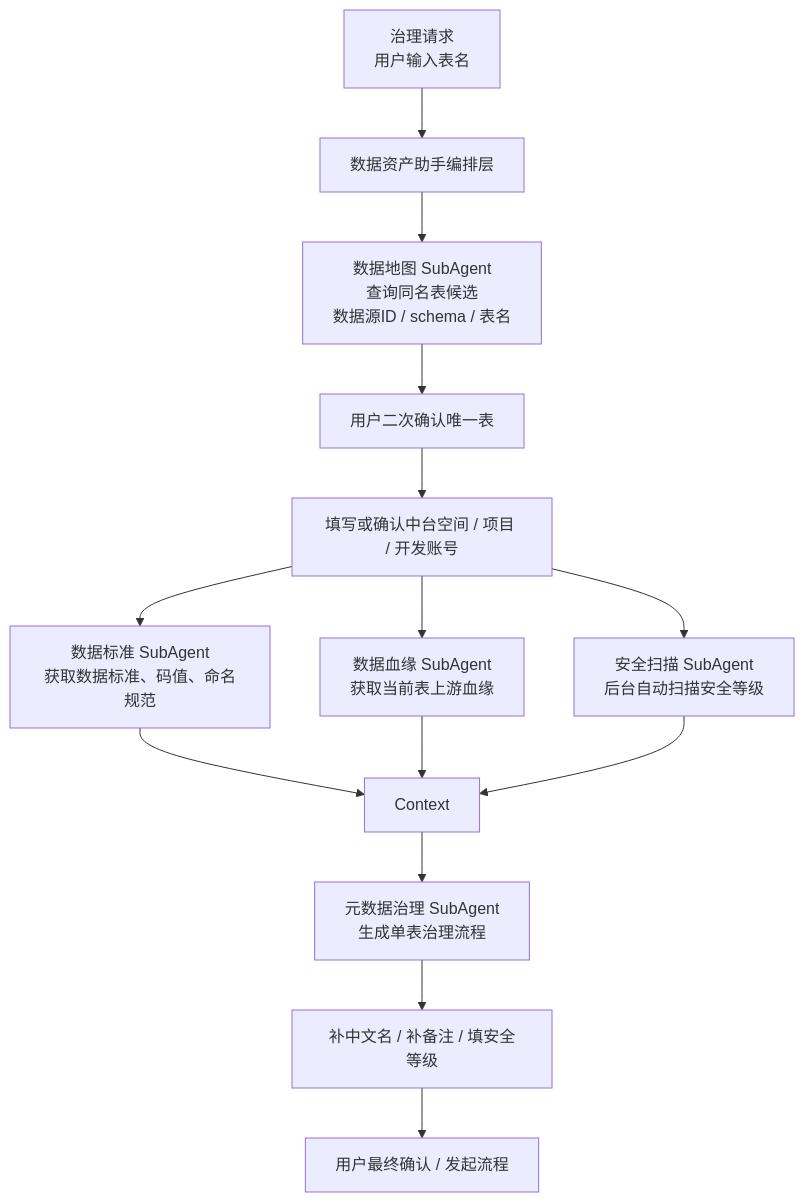
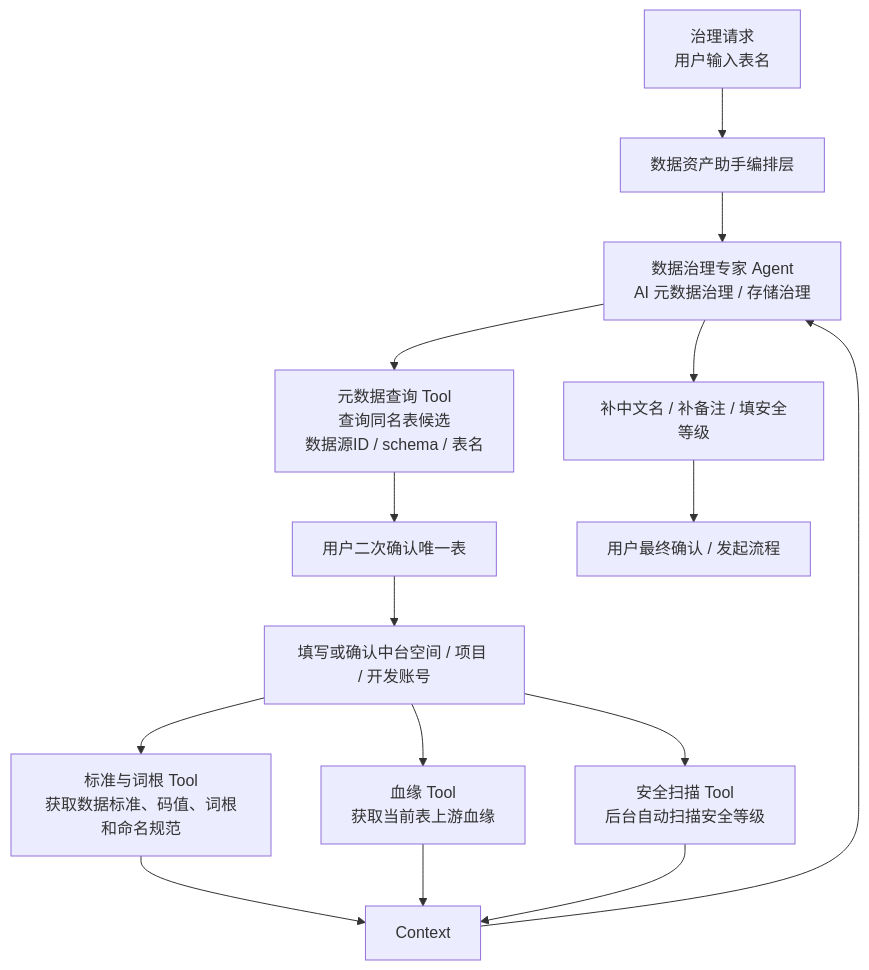
One commit to ShaneLiu001/dataasset changed the sixth of 8 diagrams in 数据资产助手/06-架构设计/01-数据资产助手技术架构设计.md. Above: the diagram before and after it, drawn with Mermaid. The commit also changed other lines of this file and 23 other files, not shown here.

````diff
--- a/数据资产助手/06-架构设计/01-数据资产助手技术架构设计.md
+++ b/数据资产助手/06-架构设计/01-数据资产助手技术架构设计.md
@@ -293,20 +308,21 @@
 ```mermaid
 flowchart TB
   Request[治理请求<br/>用户输入表名] --> Orchestrator[数据资产助手编排层]
 
-  Orchestrator --> MapAgent[数据地图 SubAgent<br/>查询同名表候选<br/>数据源ID / schema / 表名]
-  MapAgent --> TableConfirm[用户二次确认唯一表]
+  Orchestrator --> GovernanceExpert[数据治理专家 Agent<br/>AI 元数据治理 / 存储治理]
+  GovernanceExpert --> MetadataTool[元数据查询 Tool<br/>查询同名表候选<br/>数据源ID / schema / 表名]
+  MetadataTool --> TableConfirm[用户二次确认唯一表]
   TableConfirm --> DevContext[填写或确认中台空间 / 项目 / 开发账号]
 
-  DevContext --> StandardAgent[数据标准 SubAgent<br/>获取数据标准、码值、命名规范]
-  DevContext --> LineageAgent[数据血缘 SubAgent<br/>获取当前表上游血缘]
-  DevContext --> SecurityAgent[安全扫描 SubAgent<br/>后台自动扫描安全等级]
+  DevContext --> StandardTool[标准与词根 Tool<br/>获取数据标准、码值、词根和命名规范]
+  DevContext --> LineageTool[血缘 Tool<br/>获取当前表上游血缘]
+  DevContext --> SecurityTool[安全扫描 Tool<br/>后台自动扫描安全等级]
 
-  StandardAgent --> Context
-  LineageAgent --> Context
-  SecurityAgent --> Context
+  StandardTool --> Context
+  LineageTool --> Context
+  SecurityTool --> Context
 
-  Context --> GovernanceAgent[元数据治理 SubAgent<br/>生成单表治理流程]
-  GovernanceAgent --> Flow[补中文名 / 补备注 / 填安全等级]
+  Context --> GovernanceExpert
+  GovernanceExpert --> Flow[补中文名 / 补备注 / 填安全等级]
   Flow --> Review[用户最终确认 / 发起流程]
 ```
````
